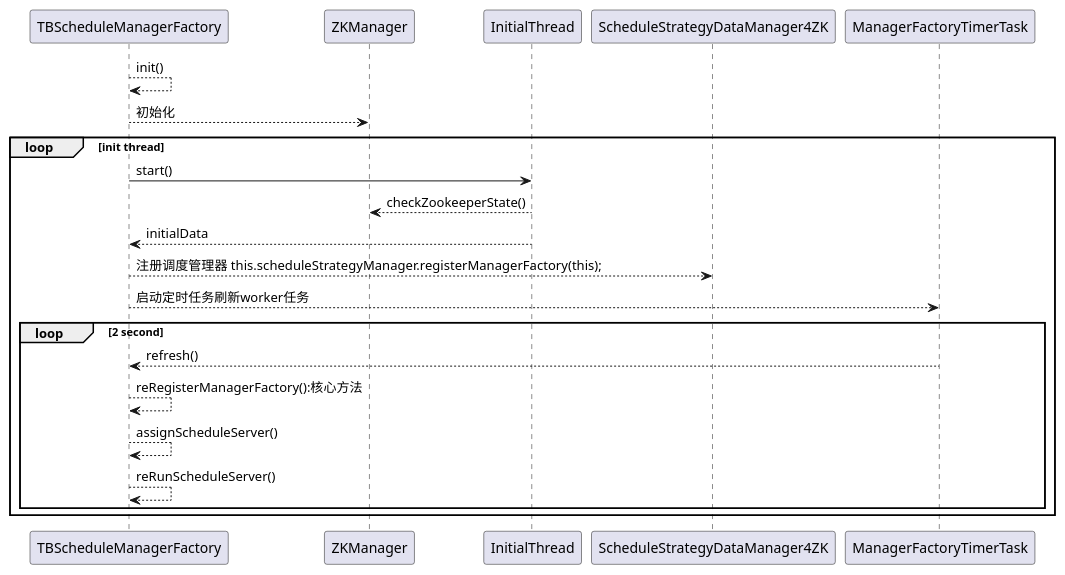
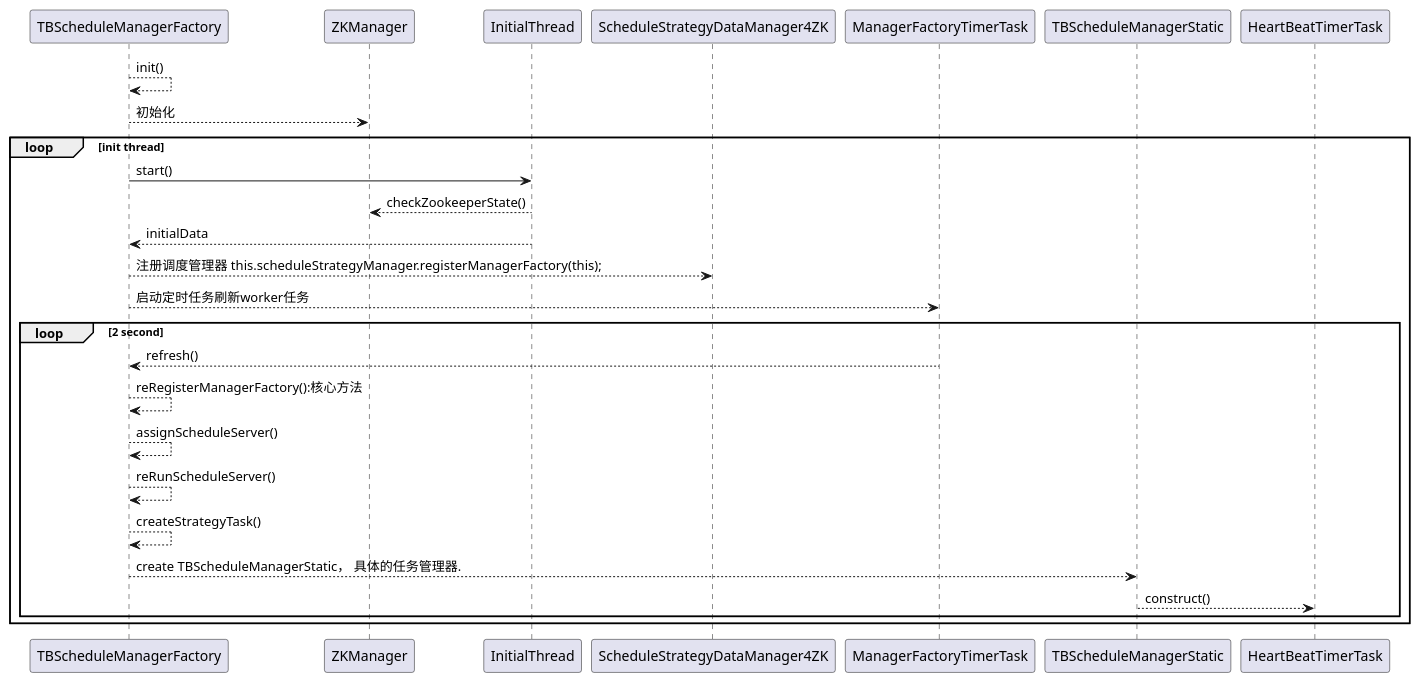
Before and after one commit to whyDK37/tbschedule: the diagram in doc/启动流程.puml, drawn with PlantUML. The commit also changed 5 other files, not shown here.

Commit message:
流程图 and doc

```diff
--- a/doc/启动流程.puml
+++ b/doc/启动流程.puml
@@ -1,21 +1,24 @@
 @startuml
 
 TBScheduleManagerFactory --> TBScheduleManagerFactory: init()
 TBScheduleManagerFactory --> ZKManager: 初始化
 
 loop init thread
 TBScheduleManagerFactory -> InitialThread: start()
 ZKManager <-- InitialThread: checkZookeeperState()
 TBScheduleManagerFactory <-- InitialThread: initialData
 
 TBScheduleManagerFactory --> ScheduleStrategyDataManager4ZK: 注册调度管理器 this.scheduleStrategyManager.registerManagerFactory(this);
 
 TBScheduleManagerFactory --> ManagerFactoryTimerTask: 启动定时任务刷新worker任务
     loop 2 second
     ManagerFactoryTimerTask --> TBScheduleManagerFactory: refresh()
     TBScheduleManagerFactory --> TBScheduleManagerFactory: reRegisterManagerFactory():核心方法
     TBScheduleManagerFactory --> TBScheduleManagerFactory: assignScheduleServer()
     TBScheduleManagerFactory --> TBScheduleManagerFactory: reRunScheduleServer()
+    TBScheduleManagerFactory --> TBScheduleManagerFactory: createStrategyTask()
+    TBScheduleManagerFactory --> TBScheduleManagerStatic: create TBScheduleManagerStatic， 具体的任务管理器.
+    TBScheduleManagerStatic --> HeartBeatTimerTask: construct()
     end
 end
 @enduml
```
